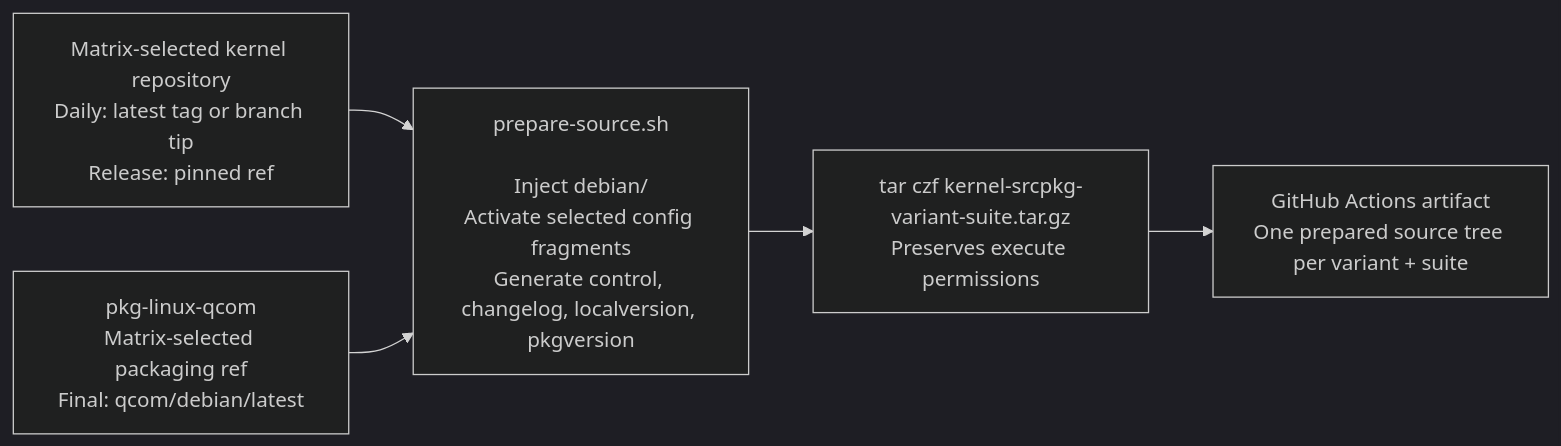
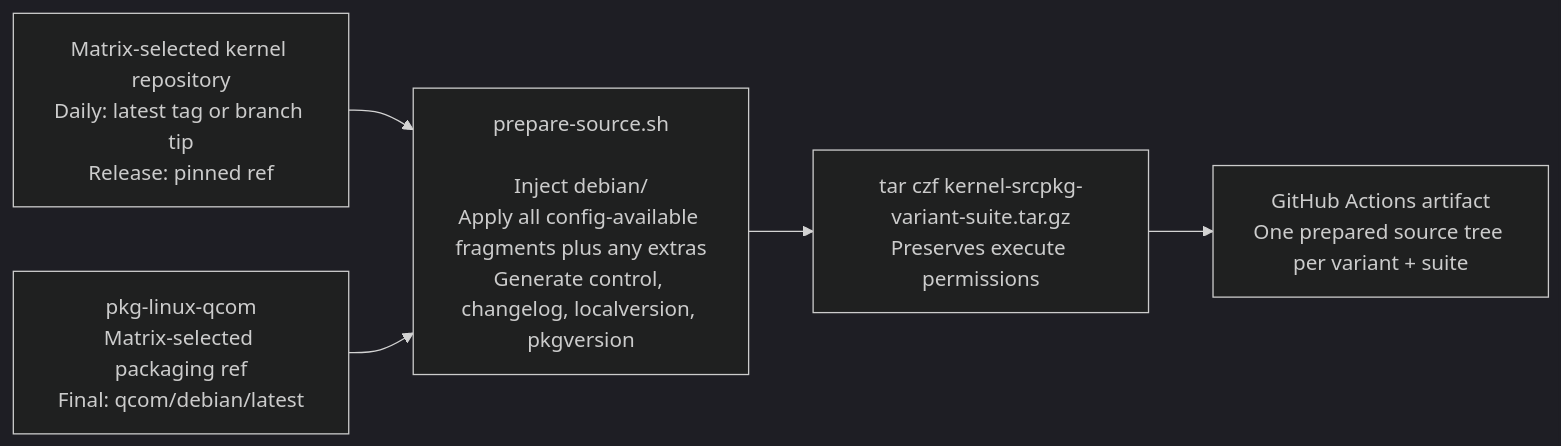
Before and after one commit to qualcomm-linux/pkg-linux-qcom: the third of 6 diagrams in README.md, drawn with Mermaid (dark theme). The commit also changed other lines of this file and 3 other files, not shown here.

````diff
--- a/README.md
+++ b/README.md
@@ -304,9 +300,9 @@
 ```mermaid
 flowchart LR
     K["Matrix-selected kernel repository\nDaily: latest tag or branch tip\nRelease: pinned ref"] --> PS
     M["pkg-linux-qcom\nMatrix-selected packaging ref\nFinal: qcom/debian/latest"] --> PS
 
-    PS["prepare-source.sh\n\nInject debian/\nActivate selected config fragments\nGenerate control, changelog, localversion, pkgversion"] --> TAR
+    PS["prepare-source.sh\n\nInject debian/\nApply all config-available fragments plus any extras\nGenerate control, changelog, localversion, pkgversion"] --> TAR
     TAR["tar czf kernel-srcpkg-variant-suite.tar.gz\nPreserves execute permissions"] --> ART
     ART["GitHub Actions artifact\nOne prepared source tree per variant + suite"]
 ```
````
